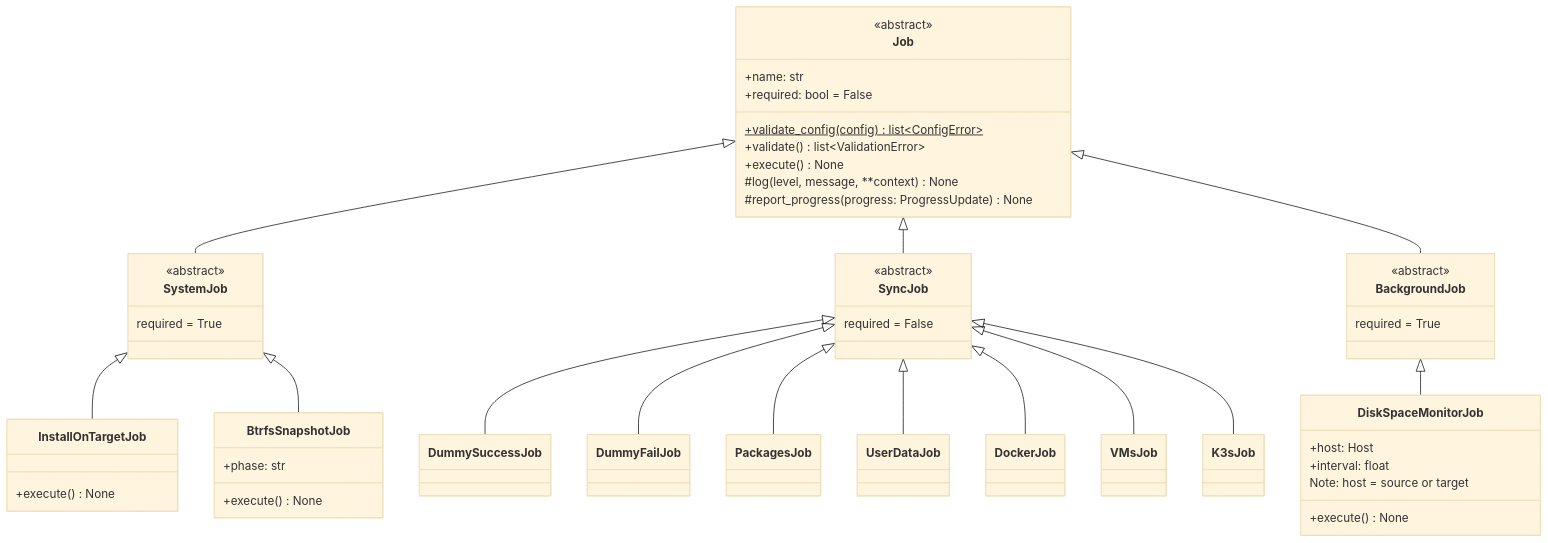
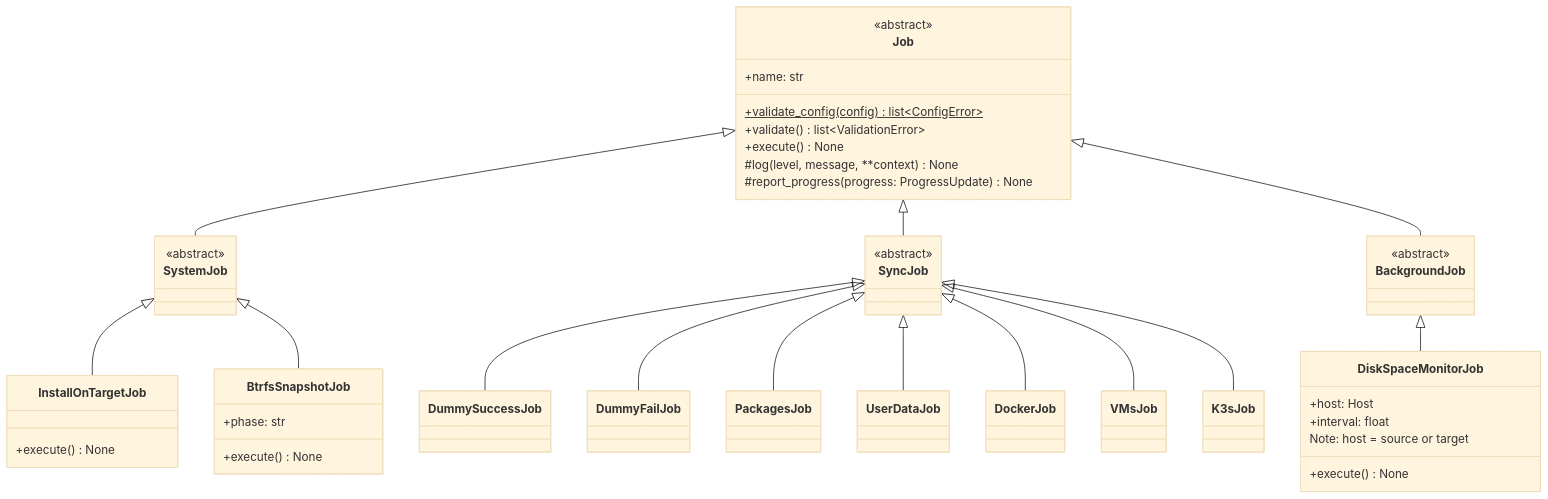
The third of 21 diagrams in specs/001-foundation/architecture.md (flaksit/pc-switcher), drawn with Mermaid (base theme) before and after one commit. The commit also changed other lines of this file and 10 other files, not shown here.

````diff
--- a/specs/001-foundation/architecture.md
+++ b/specs/001-foundation/architecture.md
@@ -163,79 +163,75 @@
 ```mermaid
 classDiagram
     class Job {
         <<abstract>>
         +name: str
-        +required: bool = False
         +validate_config(config)$ list~ConfigError~
         +validate() list~ValidationError~
         +execute() None
         #log(level, message, **context) None
         #report_progress(progress: ProgressUpdate) None
     }
 
     class SystemJob {
         <<abstract>>
-        required = True
     }
 
     class SyncJob {
         <<abstract>>
-        required = False
     }
 
     class BackgroundJob {
         <<abstract>>
-        required = True
     }
 
     class InstallOnTargetJob {
         +execute() None
     }
 
     class BtrfsSnapshotJob {
         +phase: str
         +execute() None
     }
 
     class DummySuccessJob {
     }
 
     class DummyFailJob {
     }
 
     class PackagesJob {
     }
 
     class UserDataJob {
     }
 
     class DockerJob {
     }
 
     class VMsJob {
     }
 
     class K3sJob {
     }
 
     class DiskSpaceMonitorJob {
         +host: Host
         +interval: float
         +execute() None
         Note: host = source or target
     }
 
     Job <|-- SystemJob
     Job <|-- SyncJob
     Job <|-- BackgroundJob
     SystemJob <|-- InstallOnTargetJob
     SystemJob <|-- BtrfsSnapshotJob
     SyncJob <|-- DummySuccessJob
     SyncJob <|-- DummyFailJob
     SyncJob <|-- PackagesJob
     SyncJob <|-- UserDataJob
     SyncJob <|-- DockerJob
     SyncJob <|-- VMsJob
     SyncJob <|-- K3sJob
     BackgroundJob <|-- DiskSpaceMonitorJob
 ```
````
